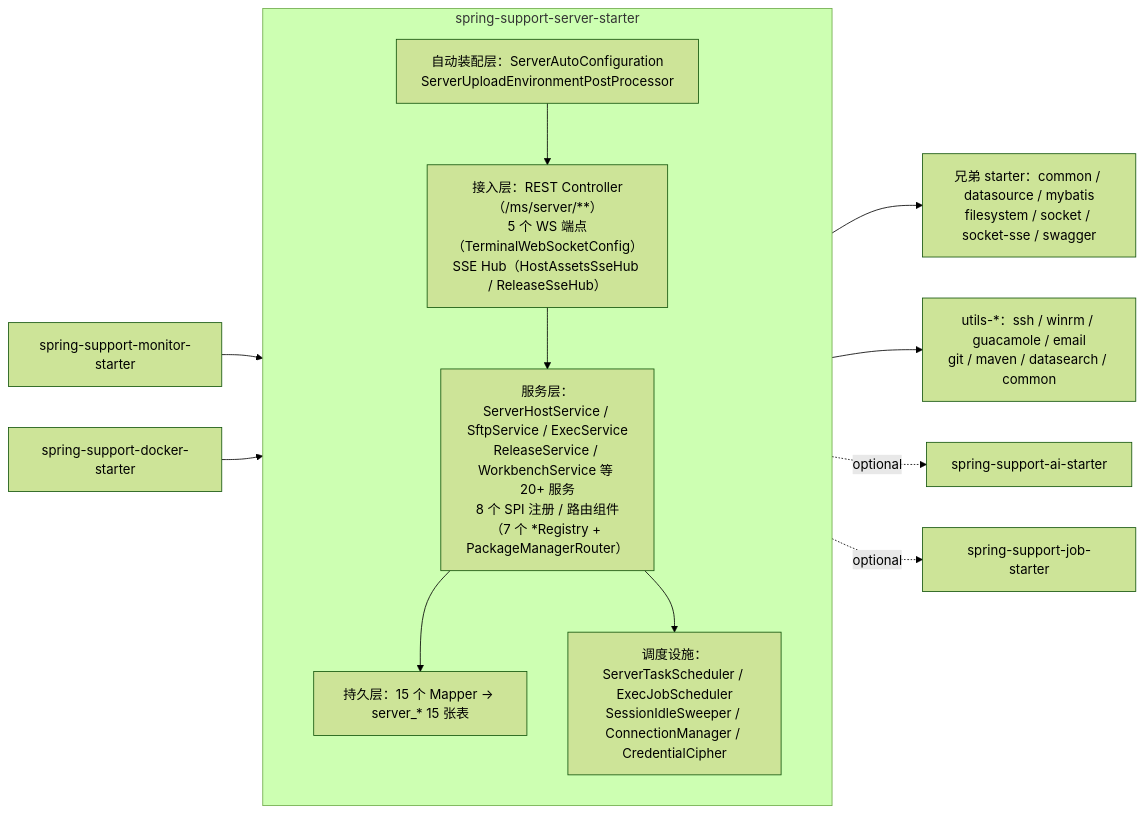
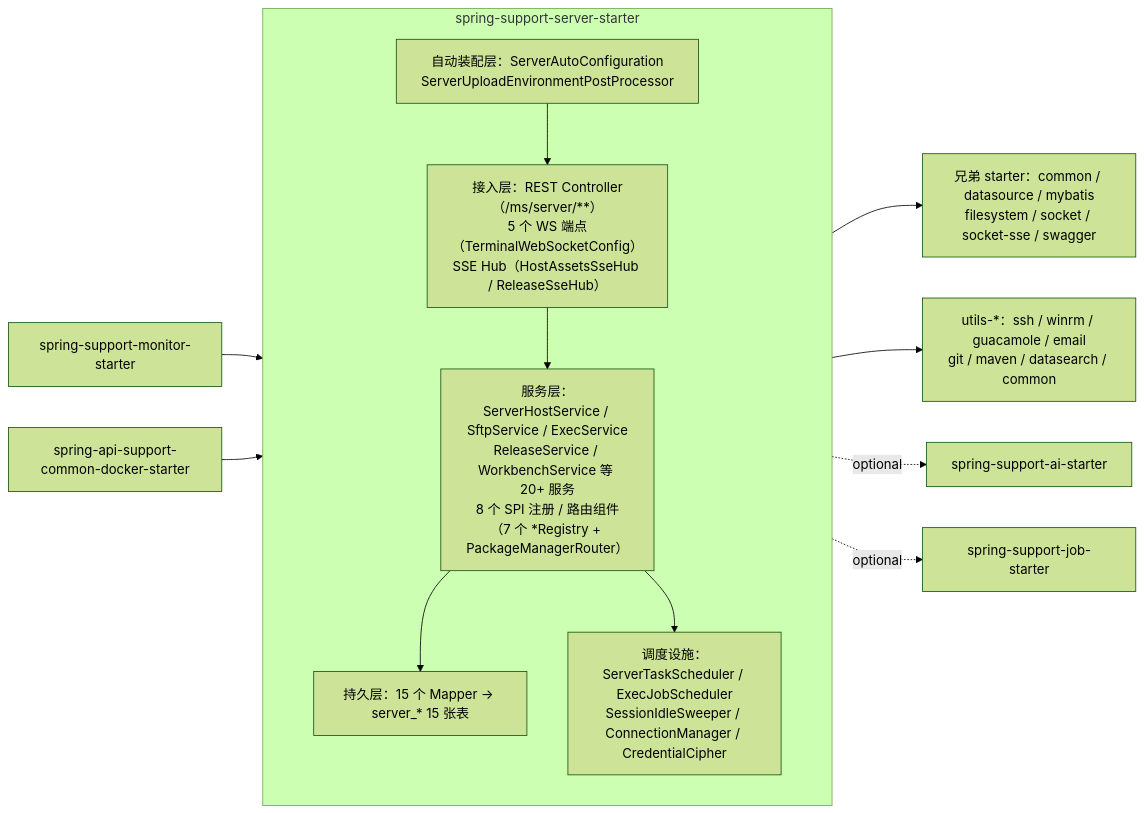
The first of 2 diagrams in spring-support-server-starter/README.md (CHTK001/spring-support-parent-starter), drawn with Mermaid (forest theme) before and after one commit. The commit also changed other lines of this file and 1151 other files, not shown here.

````diff
--- a/spring-support-server-starter/README.md
+++ b/spring-support-server-starter/README.md
@@ -7,21 +7,21 @@
 ```mermaid
 flowchart LR
     MON["spring-support-monitor-starter"] --> SERVER
-    DOC["spring-support-docker-starter"] --> SERVER
+    DOC["spring-api-support-common-docker-starter"] --> SERVER
 
     subgraph SERVER["spring-support-server-starter"]
         direction TB
         AUTO["自动装配层：ServerAutoConfiguration<br/>ServerUploadEnvironmentPostProcessor"]
         WEB["接入层：REST Controller（/ms/server/**）<br/>5 个 WS 端点（TerminalWebSocketConfig）<br/>SSE Hub（HostAssetsSseHub / ReleaseSseHub）"]
         SVC["服务层：ServerHostService / SftpService / ExecService<br/>ReleaseService / WorkbenchService 等 20+ 服务<br/>8 个 SPI 注册 / 路由组件（7 个 *Registry + PackageManagerRouter）"]
         SCHED["调度设施：ServerTaskScheduler / ExecJobScheduler<br/>SessionIdleSweeper / ConnectionManager / CredentialCipher"]
         DAO["持久层：15 个 Mapper → server_* 15 张表"]
         AUTO --> WEB --> SVC --> DAO
         SVC --> SCHED
     end
 
     SERVER --> BROTHER["兄弟 starter：common / datasource / mybatis<br/>filesystem / socket / socket-sse / swagger"]
     SERVER --> UTILS["utils-*：ssh / winrm / guacamole / email<br/>git / maven / datasearch / common"]
     SERVER -. optional .-> AI["spring-support-ai-starter"]
     SERVER -. optional .-> JOB["spring-support-job-starter"]
 ```
````
